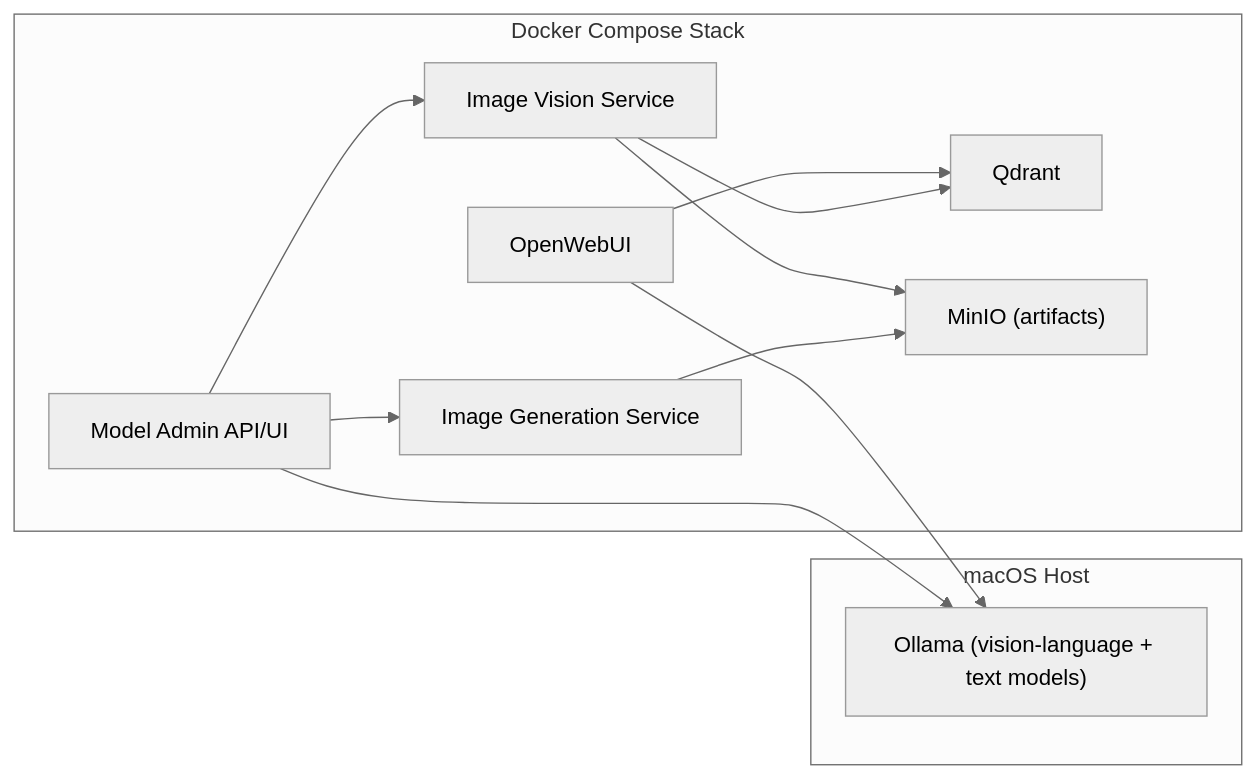
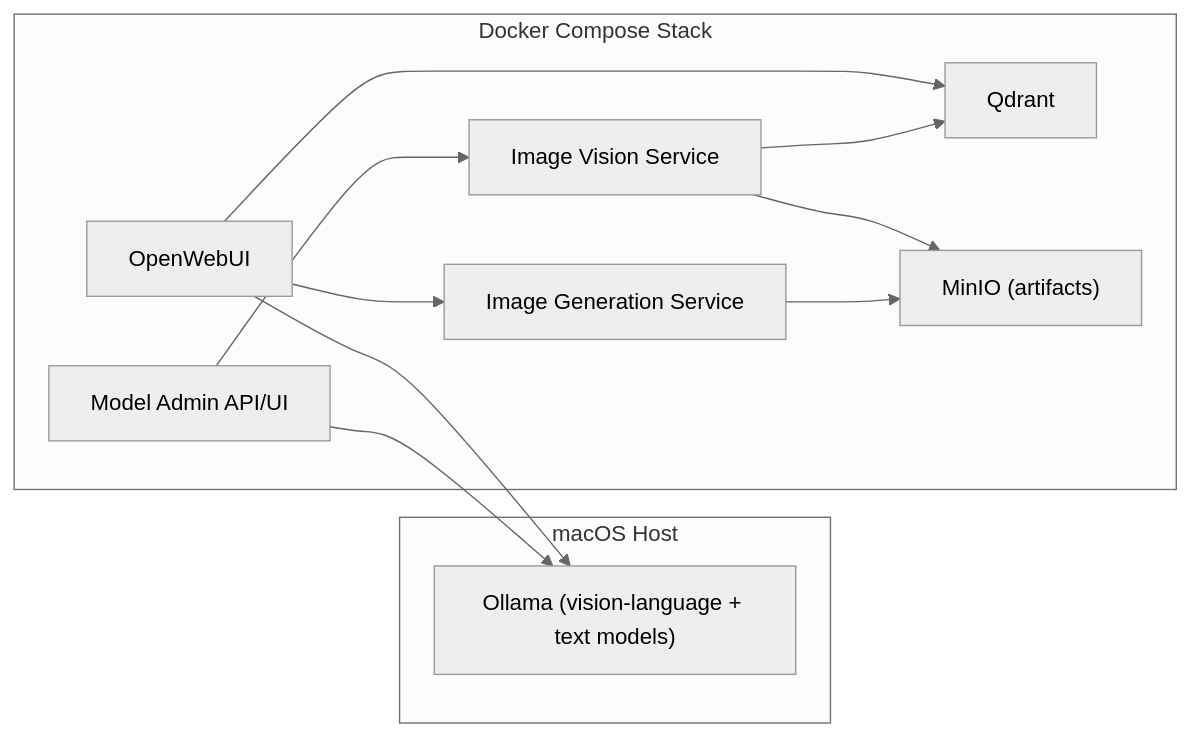
One commit to kevin-greenan/localai-orchestrator changed the diagram in docs/COMPUTER_VISION_UPGRADE_PATH.md. Above: the diagram before and after it, drawn with Mermaid (neutral theme). The commit also changed other lines of this file, not shown here.

Commit message:
Revise roadmap to make OpenWebUI the image generation lane

````diff
--- a/docs/COMPUTER_VISION_UPGRADE_PATH.md
+++ b/docs/COMPUTER_VISION_UPGRADE_PATH.md
@@ -18,24 +18,24 @@
 ```mermaid
 flowchart LR
   subgraph host["macOS Host"]
     ollama["Ollama (vision-language + text models)"]
   end
 
   subgraph docker["Docker Compose Stack"]
     openwebui["OpenWebUI"]
     admin["Model Admin API/UI"]
     qdrant["Qdrant"]
     ivs["Image Vision Service"]
     igen["Image Generation Service"]
     minio["MinIO (artifacts)"]
   end
 
   openwebui --> ollama
   admin --> ollama
   admin --> ivs
-  admin --> igen
+  openwebui --> igen
   openwebui --> qdrant
   ivs --> qdrant
   ivs --> minio
   igen --> minio
 ```
````
